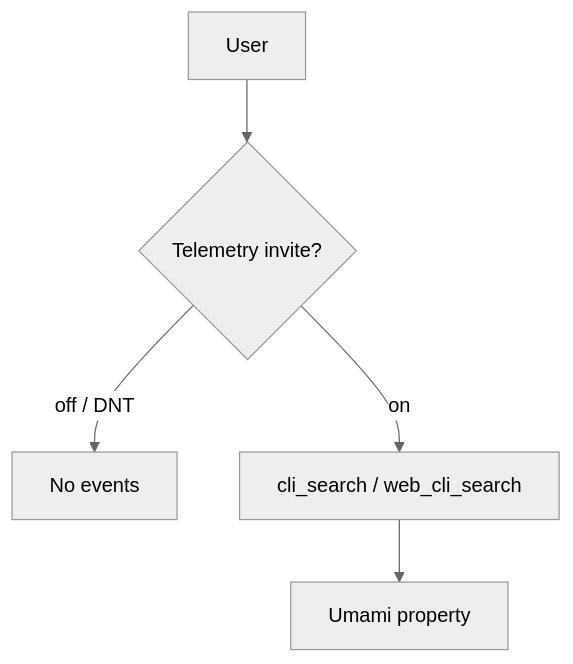
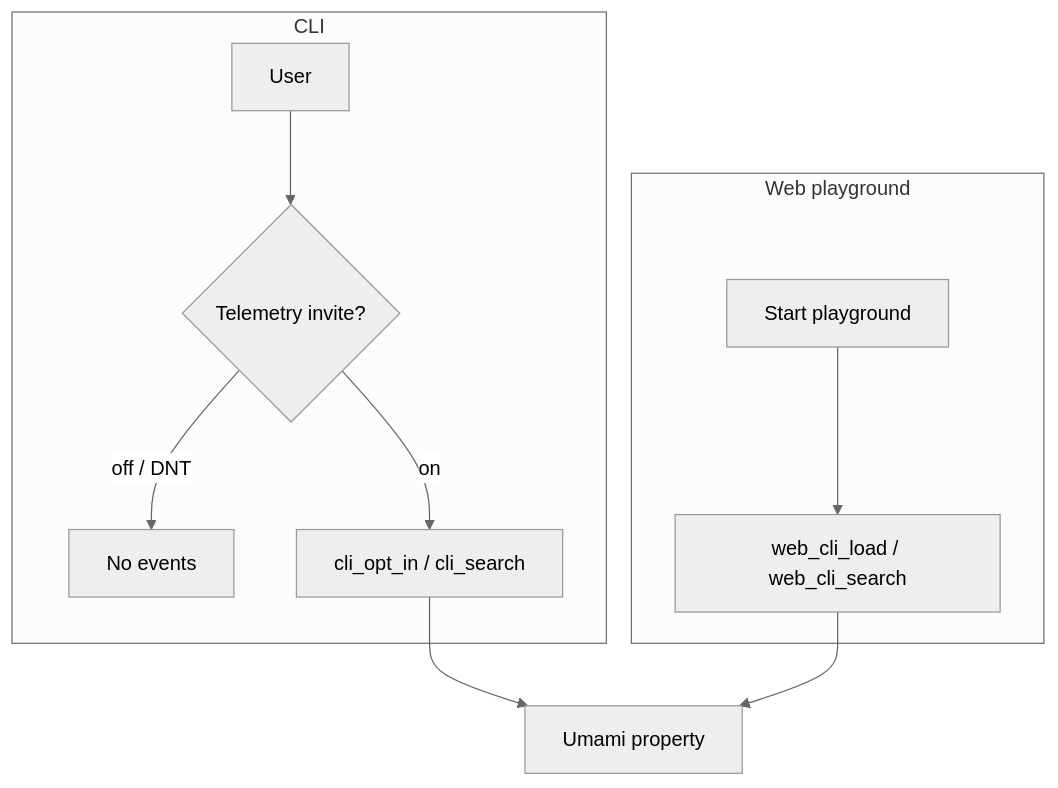
One commit to NuclearManatee/git-grasp changed the diagram in docs/observe.md. Above: the diagram before and after it, drawn with Mermaid (neutral theme). The commit also changed other lines of this file and 107 other files, not shown here.

First line of the commit message:
Ship OBSERVE EVOLVE feeder and polish CLI/web UX for release.

````diff
--- a/docs/observe.md
+++ b/docs/observe.md
@@ -5,11 +5,19 @@
 ```mermaid
 flowchart TB
-  U[User]
-  I{Telemetry invite?}
-  N[No events]
-  S[cli_search / web_cli_search]
-  Umami[Umami property]
-  U --> I
-  I -->|off / DNT| N
-  I -->|on| S --> Umami
+  subgraph cli [CLI]
+    U[User]
+    I{Telemetry invite?}
+    N[No events]
+    C[cli_opt_in / cli_search]
+    U --> I
+    I -->|off / DNT| N
+    I -->|on| C
+  end
+  subgraph web [Web playground]
+    S[Start playground]
+    W[web_cli_load / web_cli_search]
+    S --> W
+  end
+  C --> Umami[Umami property]
+  W --> Umami
 ```
````
